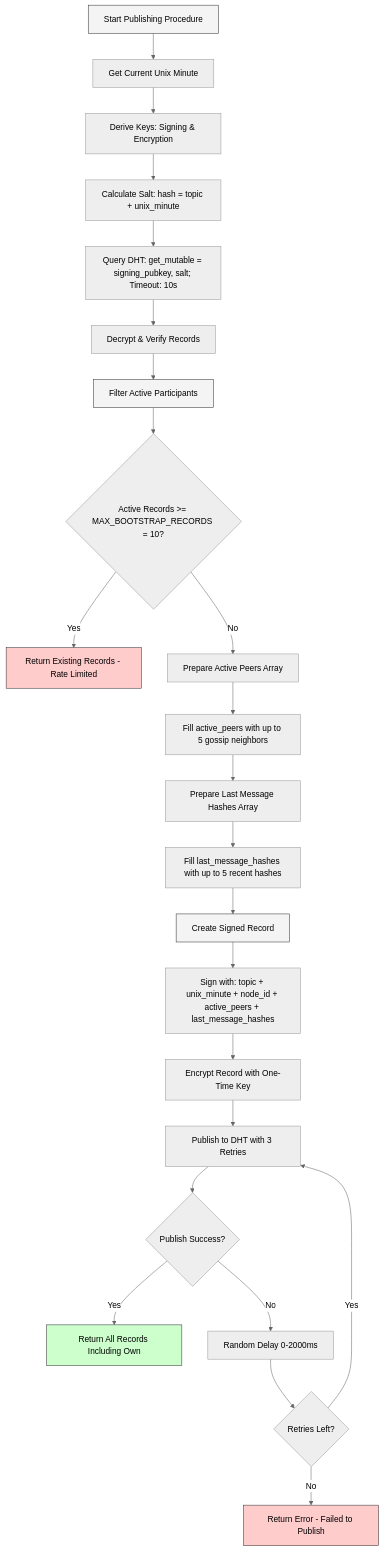
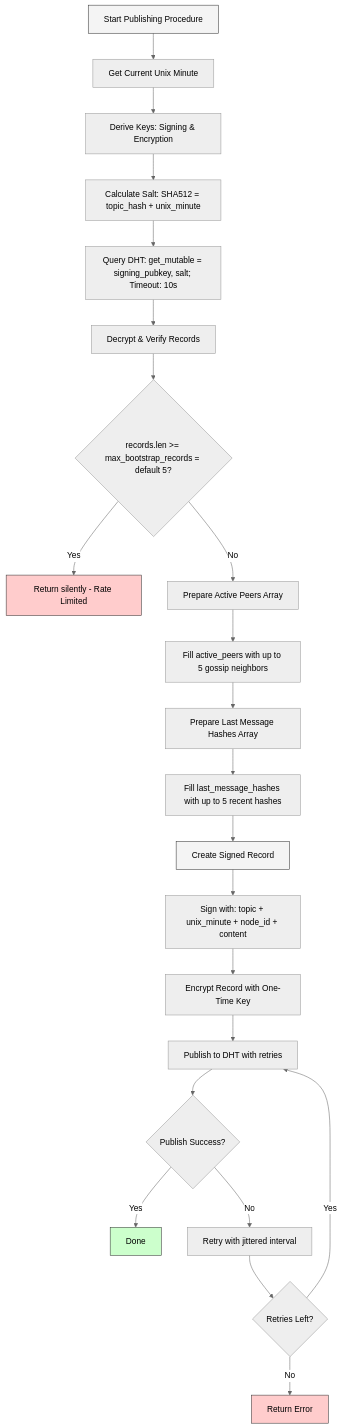
One commit to rustonbsd/distributed-topic-tracker changed the first of 5 diagrams in PROTOCOL.md. Above: the diagram before and after it, drawn with Mermaid (neutral theme). The commit also changed other lines of this file and 20 other files, not shown here.

````diff
--- a/PROTOCOL.md
+++ b/PROTOCOL.md
@@ -55,37 +49,35 @@
 ```mermaid
 flowchart TD
   A[Start Publishing Procedure] --> B[Get Current Unix Minute]
   B --> C[Derive Keys: Signing & Encryption]
-  C --> D[Calculate Salt: hash = topic + unix_minute]
+  C --> D[Calculate Salt: SHA512 = topic_hash + unix_minute]
   D --> E[Query DHT: get_mutable = signing_pubkey, salt; Timeout: 10s]
 
   E --> F[Decrypt & Verify Records]
-  F --> G[Filter Active Participants]
-  G --> H{Active Records >= MAX_BOOTSTRAP_RECORDS = 10?}
+  F --> G{records.len >= max_bootstrap_records = default 5?}
 
-  H -- Yes --> I[Return Existing Records - Rate Limited]
-  H -- No --> J[Prepare Active Peers Array]
+  G -- Yes --> I[Return silently - Rate Limited]
+  G -- No --> J[Prepare Active Peers Array]
 
   J --> K[Fill active_peers with up to 5 gossip neighbors]
   K --> L[Prepare Last Message Hashes Array]
   L --> M[Fill last_message_hashes with up to 5 recent hashes]
 
   M --> N[Create Signed Record]
-  N --> O[Sign with: topic + unix_minute + node_id + active_peers + last_message_hashes]
+  N --> O[Sign with: topic + unix_minute + node_id + content]
   O --> P[Encrypt Record with One-Time Key]
-  P --> Q[Publish to DHT with 3 Retries]
+  P --> Q[Publish to DHT with retries]
 
   Q --> R{Publish Success?}
-  R -- Yes --> S[Return All Records Including Own]
-  R -- No --> T[Random Delay 0-2000ms]
+  R -- Yes --> S[Done]
+  R -- No --> T[Retry with jittered interval]
   T --> U{Retries Left?}
   U -- Yes --> Q
-  U -- No --> V[Return Error - Failed to Publish]
+  U -- No --> V[Return Error]
 
   style A fill:#f4f4f4,stroke:#333,stroke-width:1px
   style I fill:#ffcccc,stroke:#333,stroke-width:1px
   style S fill:#ccffcc,stroke:#333,stroke-width:1px
   style V fill:#ffcccc,stroke:#333,stroke-width:1px
-  style G fill:#f4f4f4,stroke:#333,stroke-width:1px
   style N fill:#f4f4f4,stroke:#333,stroke-width:1px
 ```
````
